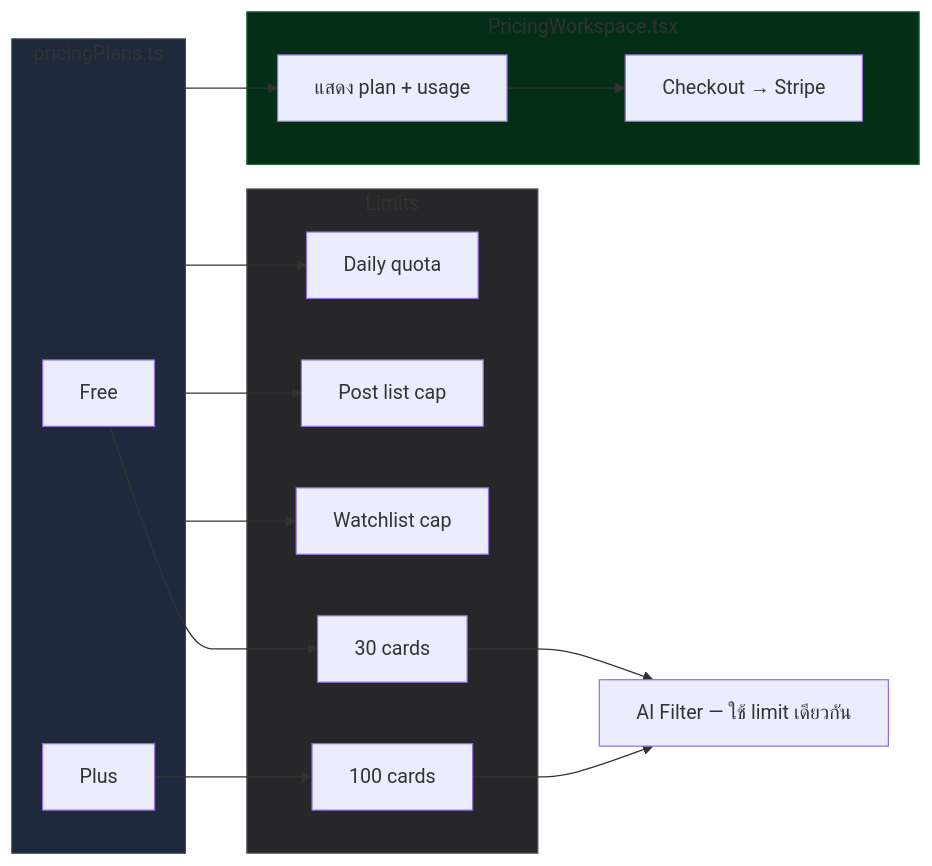
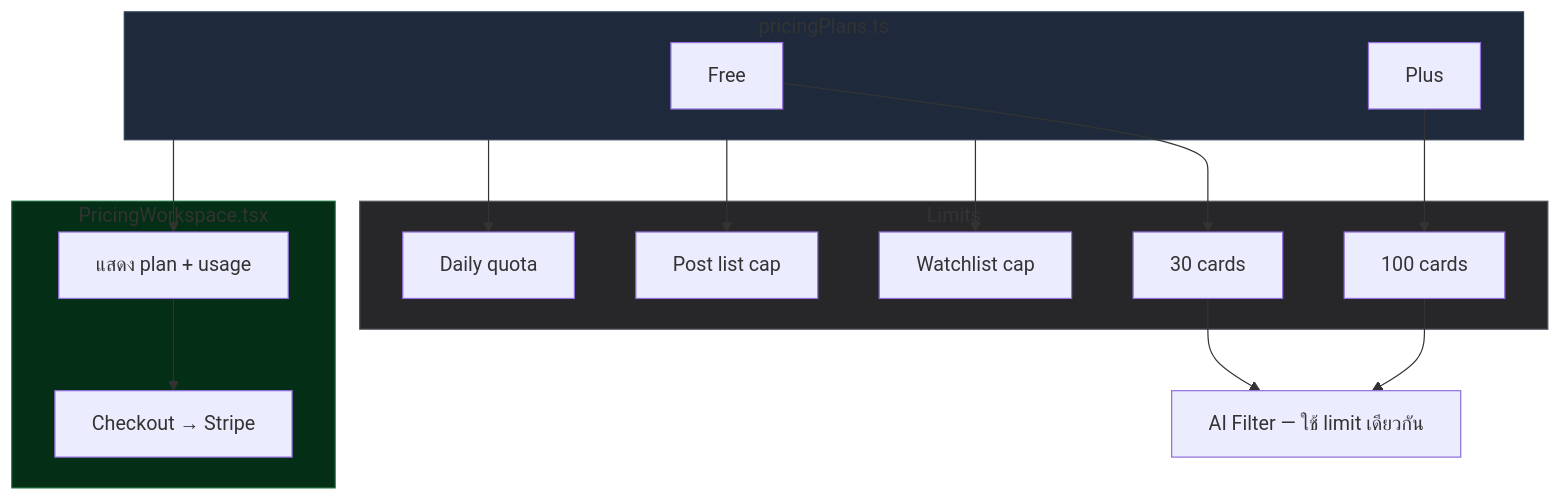
One commit to thefogusz/test changed the diagram in docs/features/pricing-workspace.md. Above: the diagram before and after it, drawn with Mermaid. The commit also changed 8 other files, not shown here.

Commit message:
Improve docs diagram readability and restore sidebar layout

````diff
--- a/docs/features/pricing-workspace.md
+++ b/docs/features/pricing-workspace.md
@@ -16,32 +16,36 @@
 ```mermaid
-flowchart LR
+flowchart TD
     subgraph Plans["pricingPlans.ts"]
         FREE[Free]
         PLUS[Plus]
     end
 
     subgraph Limits["Limits"]
         FREE_L[30 cards]
         PLUS_L[100 cards]
         WATCHLIST[Watchlist cap]
         LISTCAP[Post list cap]
         QUOTA[Daily quota]
     end
 
     FILTER[AI Filter — ใช้ limit เดียวกัน]
 
     subgraph UI["PricingWorkspace.tsx"]
         DISPLAY[แสดง plan + usage]
         UPGRADE[Checkout → Stripe]
     end
 
     FREE --> FREE_L
     PLUS --> PLUS_L
-    FREE_L & PLUS_L --> FILTER
-    Plans --> WATCHLIST & LISTCAP & QUOTA
-    Plans --> DISPLAY --> UPGRADE
+    FREE_L --> FILTER
+    PLUS_L --> FILTER
+    Plans --> WATCHLIST
+    Plans --> LISTCAP
+    Plans --> QUOTA
+    Plans --> DISPLAY
+    DISPLAY --> UPGRADE
 
     style Plans fill:#1e293b,stroke:#334155
     style Limits fill:#27272a,stroke:#52525b
     style UI fill:#052e16,stroke:#166534
 ```
````
